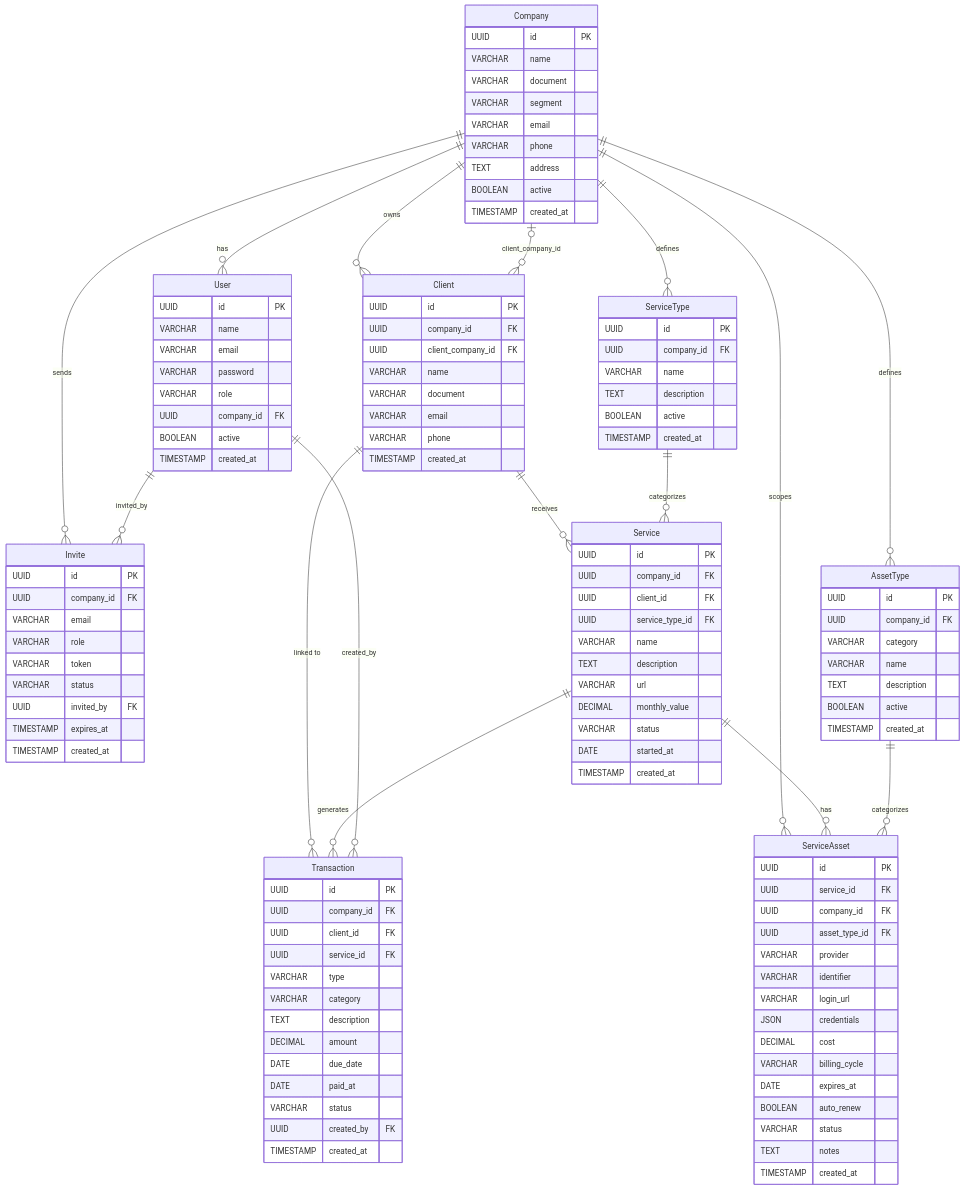
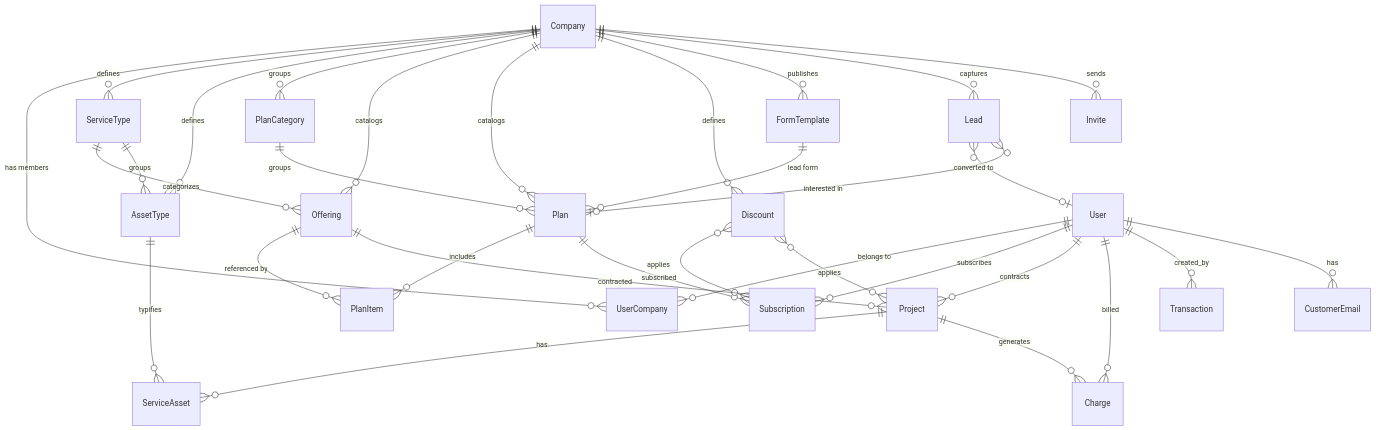
One commit to BooPixel/boopixel-strategy changed the second of 3 diagrams in financial-system.md. Above: the diagram before and after it, drawn with Mermaid. The commit also changed other lines of this file and 5 other files, not shown here.

````diff
--- a/financial-system.md
+++ b/financial-system.md
@@ -194,135 +354,38 @@
 ```mermaid
 erDiagram
-    Company ||--o{ User : "has"
-    Company ||--o{ Client : "owns"
-    Company ||--o{ Invite : "sends"
+    Company ||--o{ UserCompany : "has members"
+    User ||--o{ UserCompany : "belongs to"
     Company ||--o{ ServiceType : "defines"
     Company ||--o{ AssetType : "defines"
-    Company ||--o{ ServiceAsset : "scopes"
+    Company ||--o{ PlanCategory : "groups"
+    Company ||--o{ Offering : "catalogs"
+    Company ||--o{ Plan : "catalogs"
+    Company ||--o{ Discount : "defines"
+    Company ||--o{ FormTemplate : "publishes"
+    Company ||--o{ Lead : "captures"
+    Company ||--o{ Invite : "sends"
 
-    Client ||--o{ Service : "receives"
-    Client ||--o{ Transaction : "linked to"
-    Client }o--o| Company : "client_company_id"
+    ServiceType ||--o{ Offering : "categorizes"
+    ServiceType ||--o{ AssetType : "groups"
+    PlanCategory ||--o{ Plan : "groups"
+    FormTemplate ||--o{ Plan : "lead form"
+    Plan ||--o{ PlanItem : "includes"
+    Offering ||--o{ PlanItem : "referenced by"
 
-    ServiceType ||--o{ Service : "categorizes"
-    Service ||--o{ ServiceAsset : "has"
-    Service ||--o{ Transaction : "generates"
+    User ||--o{ Subscription : "subscribes"
+    Plan ||--o{ Subscription : "subscribed"
+    Discount }o--o{ Subscription : "applies"
 
-    AssetType ||--o{ ServiceAsset : "categorizes"
+    User ||--o{ Project : "contracts"
+    Offering ||--o{ Project : "contracted"
+    Discount }o--o{ Project : "applies"
+    Project ||--o{ ServiceAsset : "has"
+    Project ||--o{ Charge : "generates"
+    AssetType ||--o{ ServiceAsset : "typifies"
 
+    User ||--o{ Charge : "billed"
     User ||--o{ Transaction : "created_by"
-    User ||--o{ Invite : "invited_by"
-
-    Company {
-        UUID id PK
-        VARCHAR name
-        VARCHAR document
-        VARCHAR segment
-        VARCHAR email
-        VARCHAR phone
-        TEXT address
-        BOOLEAN active
-        TIMESTAMP created_at
-    }
-
-    User {
-        UUID id PK
-        VARCHAR name
-        VARCHAR email
-        VARCHAR password
-        VARCHAR role
-        UUID company_id FK
-        BOOLEAN active
-        TIMESTAMP created_at
-    }
-
-    Client {
-        UUID id PK
-        UUID company_id FK
-        UUID client_company_id FK
-        VARCHAR name
-        VARCHAR document
-        VARCHAR email
-        VARCHAR phone
-        TIMESTAMP created_at
-    }
-
-    ServiceType {
-        UUID id PK
-        UUID company_id FK
-        VARCHAR name
-        TEXT description
-        BOOLEAN active
-        TIMESTAMP created_at
-    }
-
-    AssetType {
-        UUID id PK
-        UUID company_id FK
-        VARCHAR category
-        VARCHAR name
-        TEXT description
-        BOOLEAN active
-        TIMESTAMP created_at
-    }
-
-    Service {
-        UUID id PK
-        UUID company_id FK
-        UUID client_id FK
-        UUID service_type_id FK
-        VARCHAR name
-        TEXT description
-        VARCHAR url
-        DECIMAL monthly_value
-        VARCHAR status
-        DATE started_at
-        TIMESTAMP created_at
-    }
-
-    ServiceAsset {
-        UUID id PK
-        UUID service_id FK
-        UUID company_id FK
-        UUID asset_type_id FK
-        VARCHAR provider
-        VARCHAR identifier
-        VARCHAR login_url
-        JSON credentials
-        DECIMAL cost
-        VARCHAR billing_cycle
-        DATE expires_at
-        BOOLEAN auto_renew
-        VARCHAR status
-        TEXT notes
-        TIMESTAMP created_at
-    }
-
-    Transaction {
-        UUID id PK
-        UUID company_id FK
-        UUID client_id FK
-        UUID service_id FK
-        VARCHAR type
-        VARCHAR category
-        TEXT description
-        DECIMAL amount
-        DATE due_date
-        DATE paid_at
-        VARCHAR status
-        UUID created_by FK
-        TIMESTAMP created_at
-    }
-
-    Invite {
-        UUID id PK
-        UUID company_id FK
-        VARCHAR email
-        VARCHAR role
-        VARCHAR token
-        VARCHAR status
-        UUID invited_by FK
-        TIMESTAMP expires_at
-        TIMESTAMP created_at
-    }
+    User ||--o{ CustomerEmail : "has"
+    Lead }o--o| User : "converted to"
+    Lead }o--o| Plan : "interested in"
 ```
````
